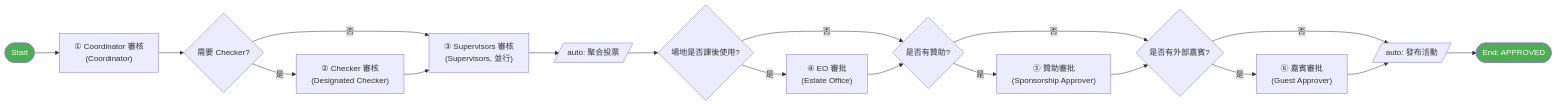
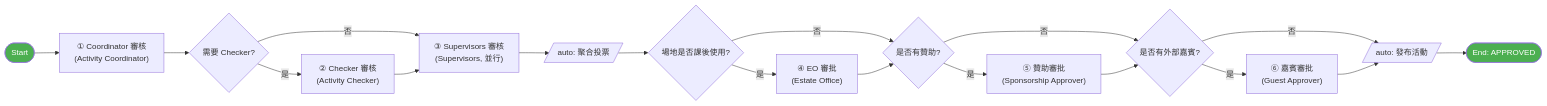
The second of 3 diagrams in activity-publish-workflow-design.md (OneStar-Projects/SLAS-Docs), drawn with Mermaid before and after one commit. The commit also changed other lines of this file and 1 other file, not shown here.

````diff
--- a/activity-publish-workflow-design.md
+++ b/activity-publish-workflow-design.md
@@ -253,24 +265,24 @@
 ```mermaid
 flowchart LR
-    Start(["Start"]) --> A["① Coordinator 審核<br/>(Coordinator)"]
+    Start(["Start"]) --> A["① Coordinator 審核<br/>(Activity Coordinator)"]
     A --> D{需要 Checker?}
-    D -->|"是"| E["② Checker 審核<br/>(Designated Checker)"]
+    D -->|"是"| E["② Checker 審核<br/>(Activity Checker)"]
     D -->|"否"| F
     E --> F["③ Supervisors 審核<br/>(Supervisors, 並行)"]
     F --> FA[/"auto: 聚合投票"/]
     FA --> B{場地是否課後使用?}
     B -->|"是"| C["④ EO 審批<br/>(Estate Office)"]
     B -->|"否"| G
     C --> G{是否有贊助?}
     G -->|"是"| H["⑤ 贊助審批<br/>(Sponsorship Approver)"]
     G -->|"否"| I
     H --> I{是否有外部嘉賓?}
     I -->|"是"| J["⑥ 嘉賓審批<br/>(Guest Approver)"]
     I -->|"否"| Pub
     J --> Pub
     Pub[/"auto: 發布活動"/]
     Pub --> End(["End: APPROVED"])
 
     style Start fill:#4CAF50,color:#fff
     style End fill:#4CAF50,color:#fff
 ```
````
